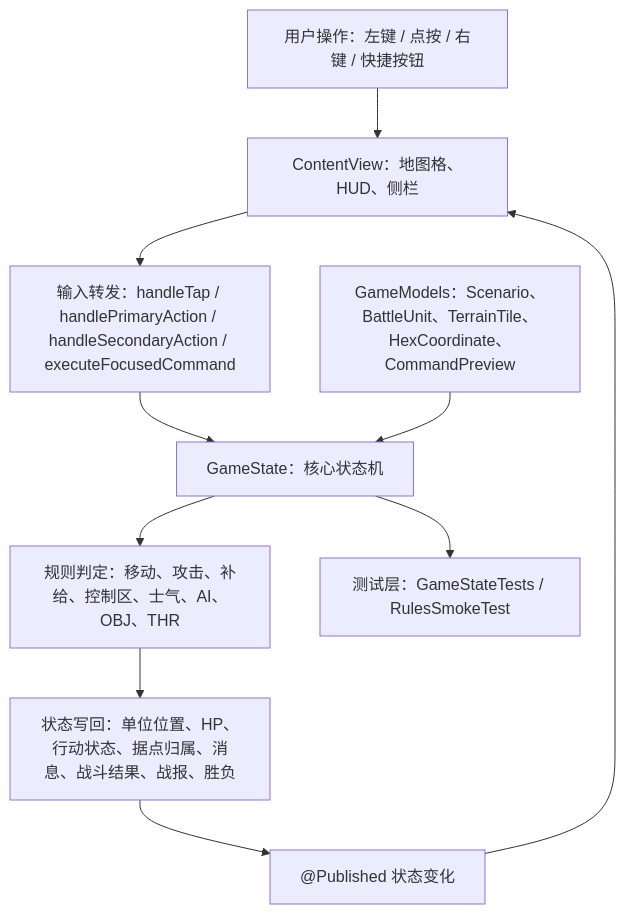
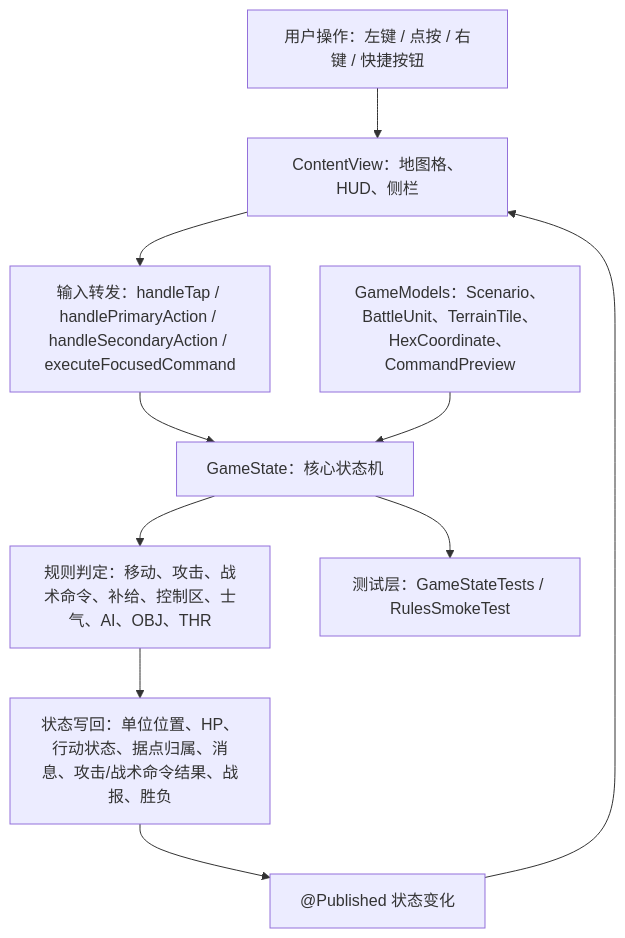
Before and after one commit to Altman-sam114/116: the first of 5 diagrams in md/flow/flowchart.md, drawn with Mermaid. The commit also changed other lines of this file and 9 other files, not shown here.

````diff
--- a/md/flow/flowchart.md
+++ b/md/flow/flowchart.md
@@ -9,12 +9,12 @@
 ```mermaid
 flowchart TD
   U["用户操作：左键 / 点按 / 右键 / 快捷按钮"] --> V["ContentView：地图格、HUD、侧栏"]
   V --> I["输入转发：handleTap / handlePrimaryAction / handleSecondaryAction / executeFocusedCommand"]
   I --> S["GameState：核心状态机"]
   M["GameModels：Scenario、BattleUnit、TerrainTile、HexCoordinate、CommandPreview"] --> S
-  S --> R["规则判定：移动、攻击、补给、控制区、士气、AI、OBJ、THR"]
-  R --> W["状态写回：单位位置、HP、行动状态、据点归属、消息、战斗结果、战报、胜负"]
+  S --> R["规则判定：移动、攻击、战术命令、补给、控制区、士气、AI、OBJ、THR"]
+  R --> W["状态写回：单位位置、HP、行动状态、据点归属、消息、攻击/战术命令结果、战报、胜负"]
   W --> P["@Published 状态变化"]
   P --> V
   S --> T["测试层：GameStateTests / RulesSmokeTest"]
 ```
````
